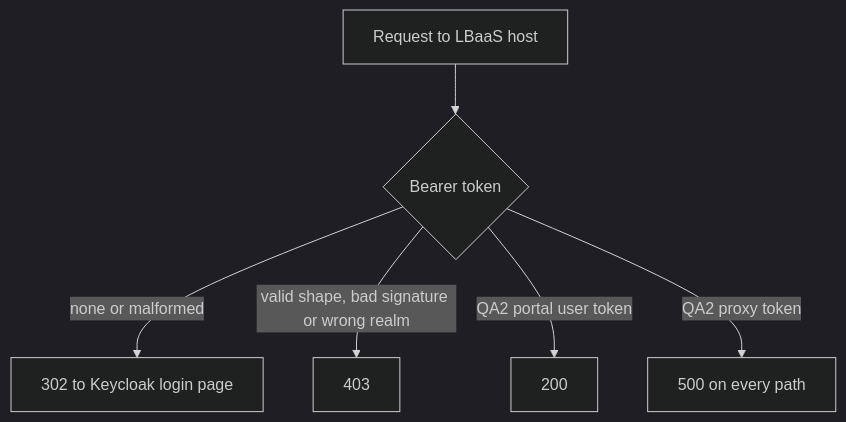
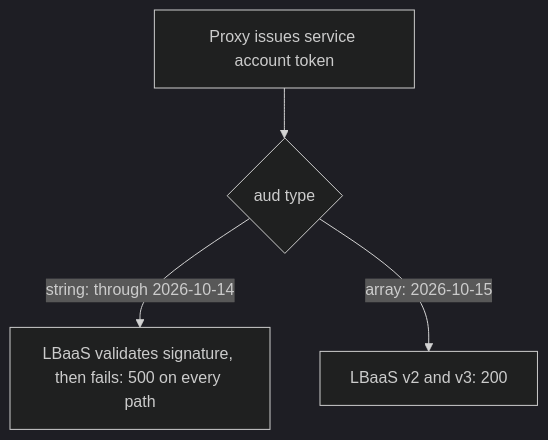
One commit to aripermana-putra/ucp-docs-collection changed the diagram in docs/projects/universal-control-plane-ucp/pocs/lbaas-proxy-service-auth/poc-report.md. Above: the diagram before and after it, drawn with Mermaid (dark theme). The commit also changed other lines of this file and 4 other files, not shown here.

Commit message:
docs: record resolved aud string finding and LBaaS v3 QA results for proxy auth PoC

````diff
--- a/docs/projects/universal-control-plane-ucp/pocs/lbaas-proxy-service-auth/poc-report.md
+++ b/docs/projects/universal-control-plane-ucp/pocs/lbaas-proxy-service-auth/poc-report.md
@@ -17,8 +17,6 @@
 ```mermaid
 flowchart TD
-    T[Request to LBaaS host] --> Q{Bearer token}
-    Q -->|none or malformed| R[302 to Keycloak login page]
-    Q -->|valid shape, bad signature or wrong realm| F[403]
-    Q -->|QA2 portal user token| OK[200]
-    Q -->|QA2 proxy token| E[500 on every path]
+    A[Proxy issues service account token] --> B{aud type}
+    B -->|string: through 2026-10-14| C[LBaaS validates signature, then fails: 500 on every path]
+    B -->|array: 2026-10-15| D[LBaaS v2 and v3: 200]
 ```
````
